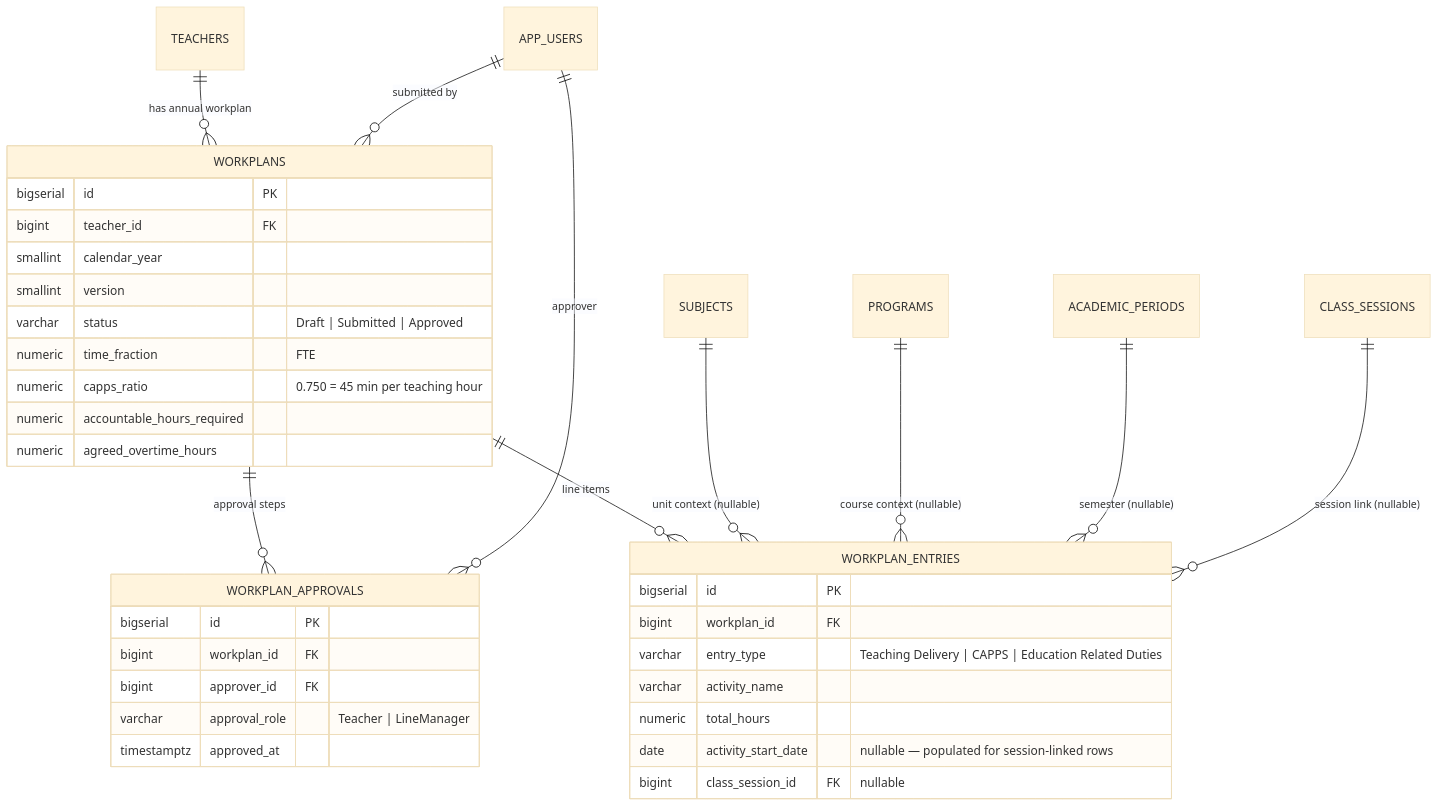
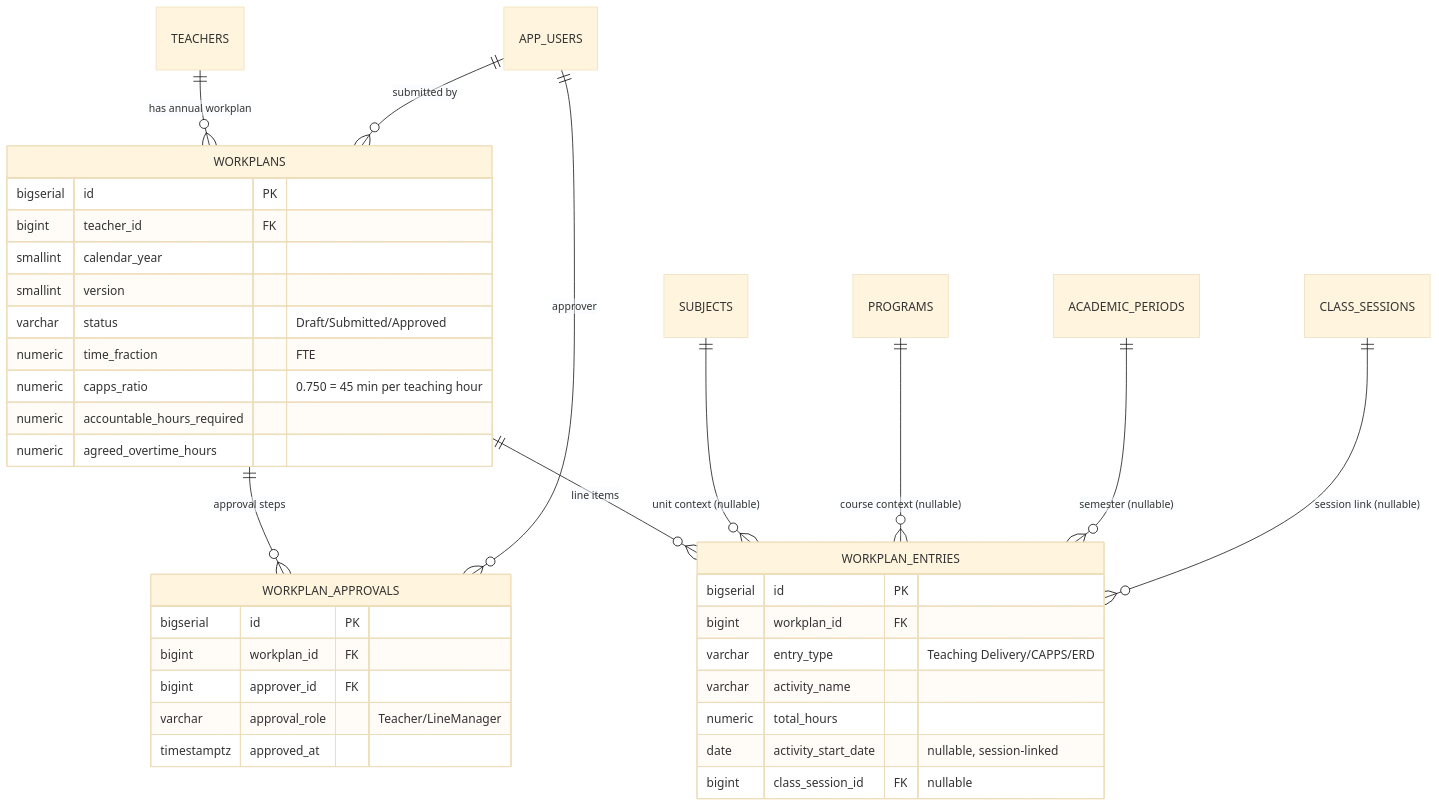
The tenth of 11 diagrams in docs/DATABASE.md (harleycalvert/nvims), drawn with Mermaid (base theme) before and after one commit. The commit also changed other lines of this file, not shown here.

Commit message:
Mermaid - Unable to render rich display - potential fix.

````diff
--- a/docs/DATABASE.md
+++ b/docs/DATABASE.md
@@ -350,40 +350,40 @@
 ```mermaid
 erDiagram
     TEACHERS ||--o{ WORKPLANS : "has annual workplan"
     APP_USERS ||--o{ WORKPLANS : "submitted by"
     WORKPLANS ||--o{ WORKPLAN_APPROVALS : "approval steps"
     APP_USERS ||--o{ WORKPLAN_APPROVALS : "approver"
     WORKPLANS ||--o{ WORKPLAN_ENTRIES : "line items"
     SUBJECTS ||--o{ WORKPLAN_ENTRIES : "unit context (nullable)"
     PROGRAMS ||--o{ WORKPLAN_ENTRIES : "course context (nullable)"
     ACADEMIC_PERIODS ||--o{ WORKPLAN_ENTRIES : "semester (nullable)"
     CLASS_SESSIONS ||--o{ WORKPLAN_ENTRIES : "session link (nullable)"
 
     WORKPLANS {
         bigserial id PK
         bigint teacher_id FK
         smallint calendar_year
         smallint version
-        varchar status "Draft | Submitted | Approved"
+        varchar status "Draft/Submitted/Approved"
         numeric time_fraction "FTE"
         numeric capps_ratio "0.750 = 45 min per teaching hour"
         numeric accountable_hours_required
         numeric agreed_overtime_hours
     }
     WORKPLAN_ENTRIES {
         bigserial id PK
         bigint workplan_id FK
-        varchar entry_type "Teaching Delivery | CAPPS | Education Related Duties"
+        varchar entry_type "Teaching Delivery/CAPPS/ERD"
         varchar activity_name
         numeric total_hours
-        date activity_start_date "nullable — populated for session-linked rows"
+        date activity_start_date "nullable, session-linked"
         bigint class_session_id FK "nullable"
     }
     WORKPLAN_APPROVALS {
         bigserial id PK
         bigint workplan_id FK
         bigint approver_id FK
-        varchar approval_role "Teacher | LineManager"
+        varchar approval_role "Teacher/LineManager"
         timestamptz approved_at
     }
 ```
````
